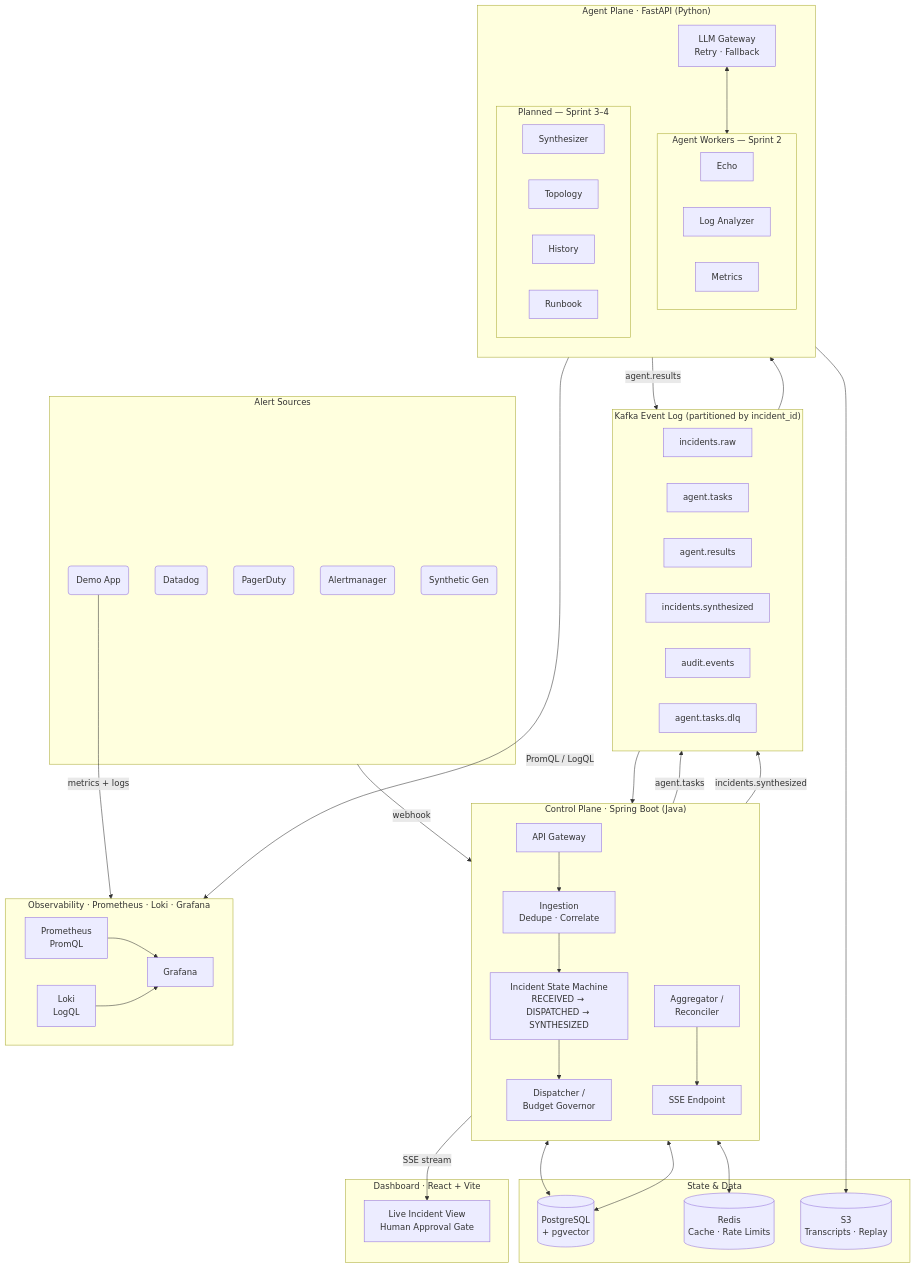
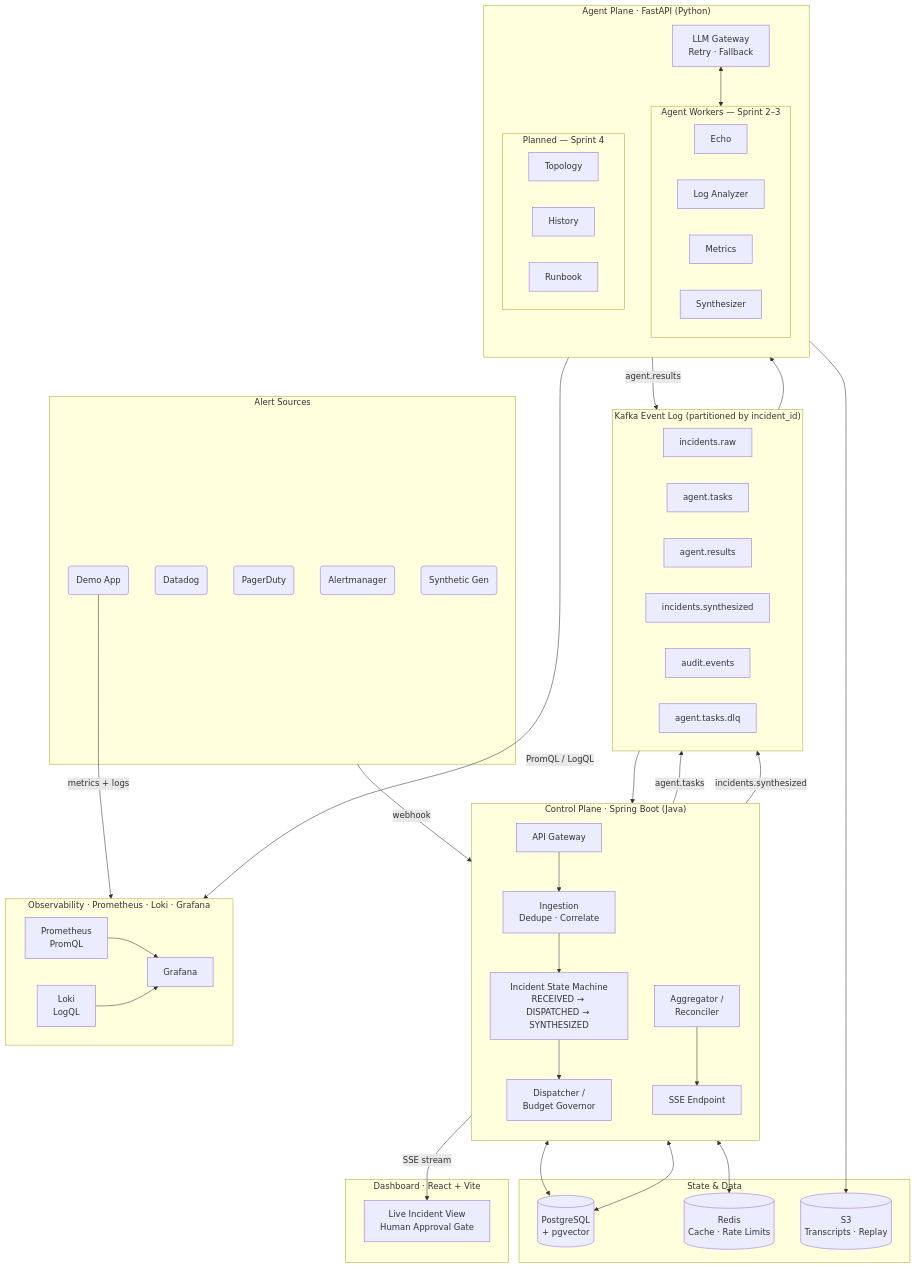
One commit to NikunjS91/Sentinel changed the diagram in README.md. Above: the diagram before and after it, drawn with Mermaid. The commit also changed other lines of this file and 5 other files, not shown here.

````diff
--- a/README.md
+++ b/README.md
@@ -45,80 +46,80 @@
 ```mermaid
 flowchart TB
     subgraph Sources["Alert Sources"]
         AM(Alertmanager)
         DD(Datadog)
         PD(PagerDuty)
         DA(Demo App)
         SG(Synthetic Gen)
     end
 
     subgraph CP["Control Plane · Spring Boot (Java)"]
         direction TB
         GW[API Gateway]
         ING[Ingestion\nDedupe · Correlate]
         SM[Incident State Machine\nRECEIVED → DISPATCHED → SYNTHESIZED]
         DISP[Dispatcher /\nBudget Governor]
         AGG[Aggregator /\nReconciler]
         SSE[SSE Endpoint]
     end
 
     subgraph KAFKA["Kafka Event Log  (partitioned by incident_id)"]
         direction LR
         T1[incidents.raw]
         T2[agent.tasks]
         T3[agent.results]
         T4[incidents.synthesized]
         T5[audit.events]
         T6[agent.tasks.dlq]
     end
 
     subgraph AP["Agent Plane · FastAPI (Python)"]
         direction TB
         LLM[LLM Gateway\nRetry · Fallback]
-        subgraph Agents["Agent Workers — Sprint 2"]
+        subgraph Agents["Agent Workers — Sprint 2–3"]
             A1[Echo]
             A2[Log Analyzer]
             A3[Metrics]
+            A4[Synthesizer]
         end
-        subgraph AgentsPlanned["Planned — Sprint 3–4"]
-            AP1[Synthesizer]
+        subgraph AgentsPlanned["Planned — Sprint 4"]
             AP2[Topology]
             AP3[History]
             AP4[Runbook]
         end
     end
 
     subgraph OBS["Observability · Prometheus · Loki · Grafana"]
         PROM[Prometheus\nPromQL]
         LOKI[Loki\nLogQL]
         GRAF[Grafana]
     end
 
     subgraph Data["State & Data"]
         PG[(PostgreSQL\n+ pgvector)]
         RD[(Redis\nCache · Rate Limits)]
         S3[(S3\nTranscripts · Replay)]
     end
 
     subgraph UI["Dashboard · React + Vite"]
         DASH[Live Incident View\nHuman Approval Gate]
     end
 
     Sources -->|webhook| GW
     GW --> ING --> SM --> DISP
     DISP -->|agent.tasks| T2
     T2 --> LLM
     LLM <--> Agents
     Agents -->|agent.results| T3
     T3 --> AGG --> SSE
     SSE -->|SSE stream| DASH
     AGG -->|incidents.synthesized| T4
     SM <--> PG
     AGG <--> PG
     CP <--> RD
     AP --> S3
     DA -->|metrics + logs| OBS
     AP -->|PromQL / LogQL| OBS
     PROM --> GRAF
     LOKI --> GRAF
 ```
````
